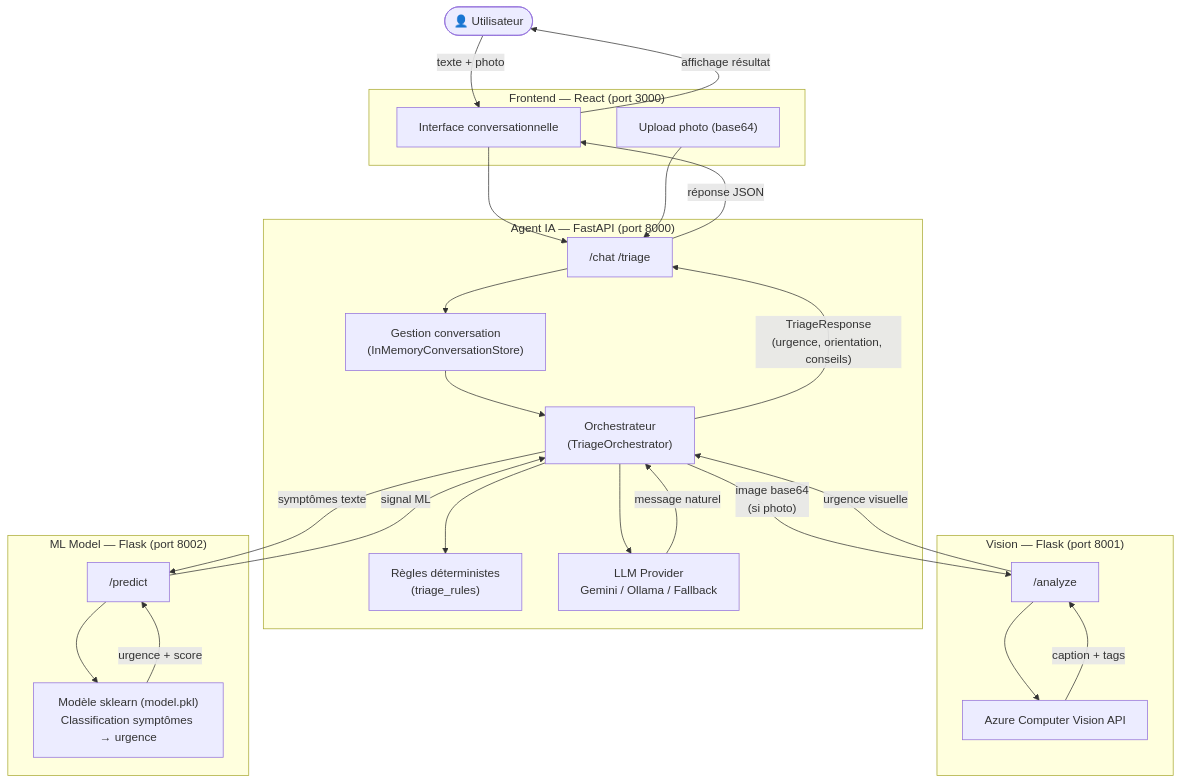
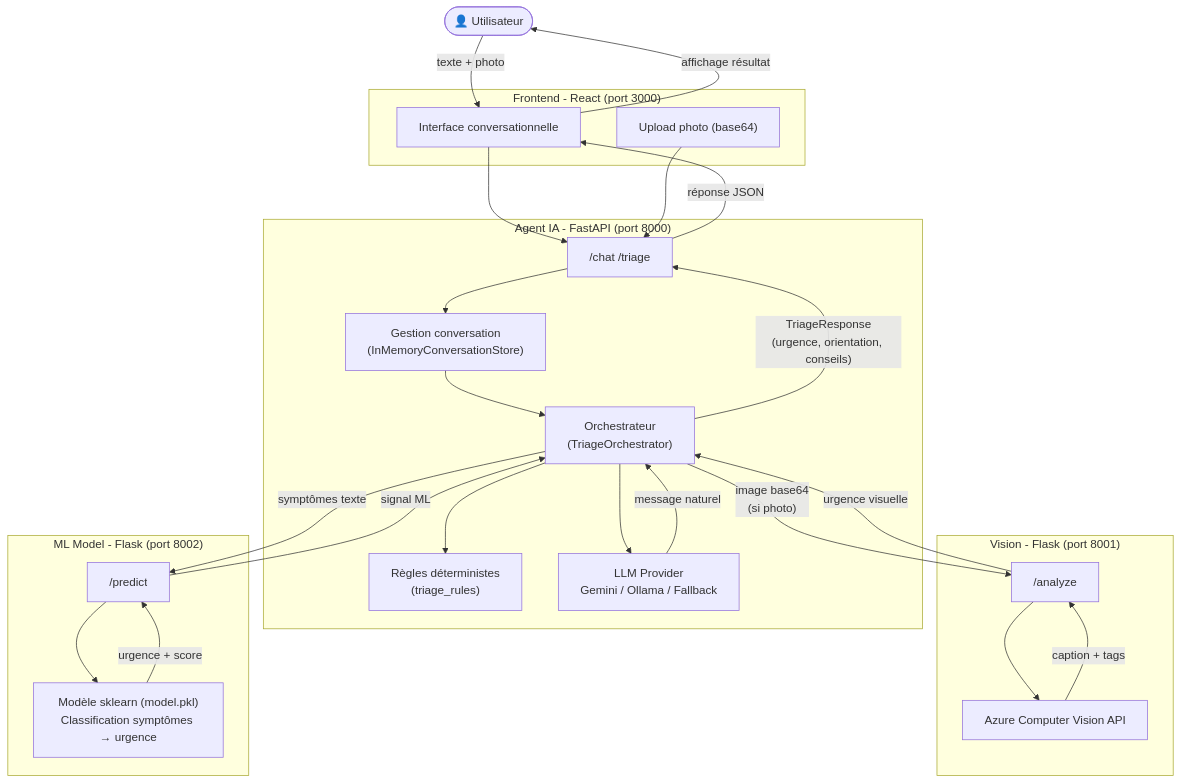
The first of 2 diagrams in README.md (gitmehdii/medtriage-ai), drawn with Mermaid before and after one commit. The commit also changed other lines of this file, not shown here.

Commit message:
docs: remove em dashes from README

````diff
--- a/README.md
+++ b/README.md
@@ -27,51 +27,51 @@
 ```mermaid
 graph TD
     User(["👤 Utilisateur"])
 
-    subgraph Frontend["Frontend — React (port 3000)"]
+    subgraph Frontend["Frontend - React (port 3000)"]
         UI["Interface conversationnelle"]
         PhotoUpload["Upload photo (base64)"]
     end
 
-    subgraph Agent["Agent IA — FastAPI (port 8000)"]
+    subgraph Agent["Agent IA - FastAPI (port 8000)"]
         API["/chat  /triage"]
         Conv["Gestion conversation\n(InMemoryConversationStore)"]
         Orch["Orchestrateur\n(TriageOrchestrator)"]
         Rules["Règles déterministes\n(triage_rules)"]
         LLM["LLM Provider\nGemini / Ollama / Fallback"]
     end
 
-    subgraph Vision["Vision — Flask (port 8001)"]
+    subgraph Vision["Vision - Flask (port 8001)"]
         VisionAPI["/analyze"]
         AzureCV["Azure Computer Vision API"]
     end
 
-    subgraph MLModel["ML Model — Flask (port 8002)"]
+    subgraph MLModel["ML Model - Flask (port 8002)"]
         MLApi["/predict"]
         SKLearn["Modèle sklearn (model.pkl)\nClassification symptômes → urgence"]
     end
 
     User -->|"texte + photo"| UI
     UI --> API
     PhotoUpload --> API
 
     API --> Conv
     Conv --> Orch
     Orch --> Rules
     Orch -->|"symptômes texte"| MLApi
     Orch -->|"image base64\n(si photo)"| VisionAPI
     Orch --> LLM
 
     VisionAPI --> AzureCV
     AzureCV -->|"caption + tags"| VisionAPI
     VisionAPI -->|"urgence visuelle"| Orch
 
     MLApi --> SKLearn
     SKLearn -->|"urgence + score"| MLApi
     MLApi -->|"signal ML"| Orch
 
     LLM -->|"message naturel"| Orch
     Orch -->|"TriageResponse\n(urgence, orientation, conseils)"| API
     API -->|"réponse JSON"| UI
     UI -->|"affichage résultat"| User
 ```
````
